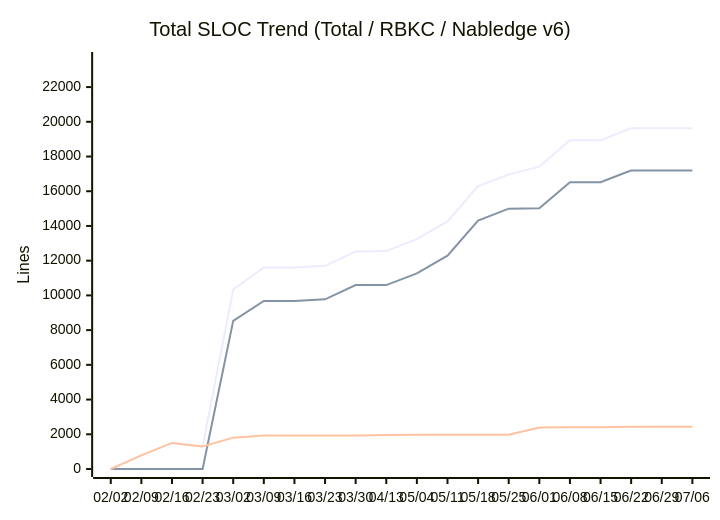
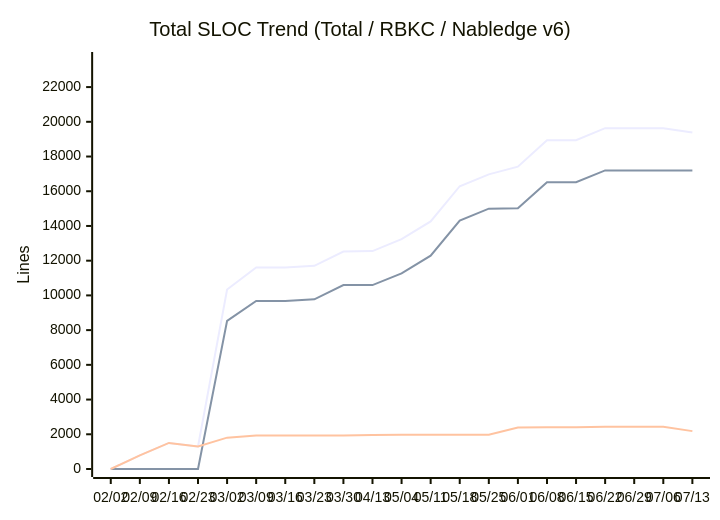
Before and after one commit to nablarch/nabledge-dev: the eighth of 14 diagrams in docs/metrics.md, drawn with Mermaid. The commit also changed other lines of this file and 2 other files, not shown here.

````diff
--- a/docs/metrics.md
+++ b/docs/metrics.md
@@ -121,9 +121,9 @@
 ```mermaid
 xychart-beta
   title "Total SLOC Trend (Total / RBKC / Nabledge v6)"
-  x-axis ["02/02", "02/09", "02/16", "02/23", "03/02", "03/09", "03/16", "03/23", "03/30", "04/13", "05/04", "05/11", "05/18", "05/25", "06/01", "06/08", "06/15", "06/22", "06/29", "07/06"]
+  x-axis ["02/02", "02/09", "02/16", "02/23", "03/02", "03/09", "03/16", "03/23", "03/30", "04/13", "05/04", "05/11", "05/18", "05/25", "06/01", "06/08", "06/15", "06/22", "06/29", "07/06", "07/13"]
   y-axis "Lines" 0 --> 23560
-  line [0, 789, 1503, 1293, 10339, 11613, 11613, 11704, 12523, 12553, 13242, 14265, 16290, 16973, 17415, 18935, 18935, 19633, 19633, 19633]
-  line [0, 0, 0, 0, 8533, 9682, 9682, 9773, 10592, 10592, 11264, 12287, 14312, 14995, 15023, 16523, 16523, 17198, 17198, 17198]
-  line [0, 789, 1503, 1293, 1806, 1931, 1931, 1931, 1931, 1961, 1978, 1978, 1978, 1978, 2392, 2412, 2412, 2435, 2435, 2435]
+  line [0, 789, 1503, 1293, 10339, 11613, 11613, 11704, 12523, 12553, 13242, 14265, 16290, 16973, 17415, 18935, 18935, 19633, 19633, 19633, 19380]
+  line [0, 0, 0, 0, 8533, 9682, 9682, 9773, 10592, 10592, 11264, 12287, 14312, 14995, 15023, 16523, 16523, 17198, 17198, 17198, 17198]
+  line [0, 789, 1503, 1293, 1806, 1931, 1931, 1931, 1931, 1961, 1978, 1978, 1978, 1978, 2392, 2412, 2412, 2435, 2435, 2435, 2182]
 ```
````
